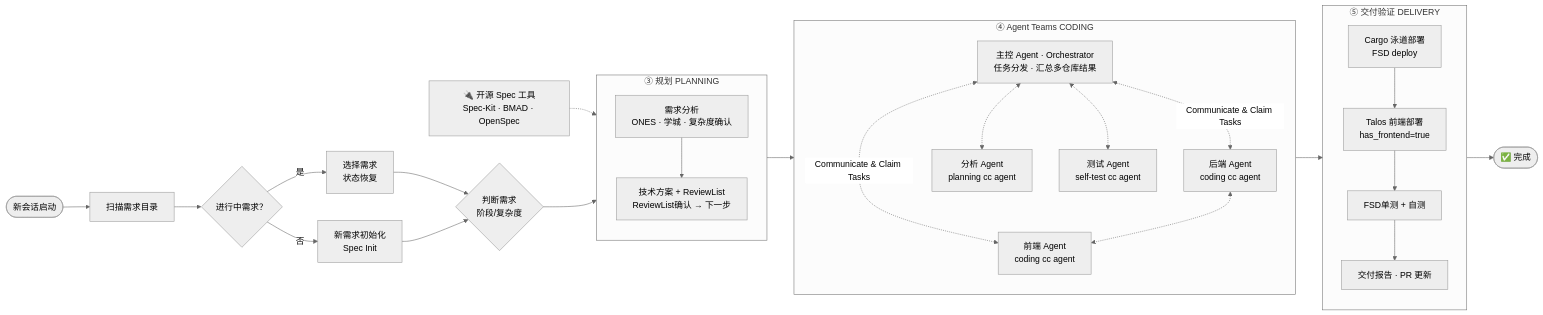
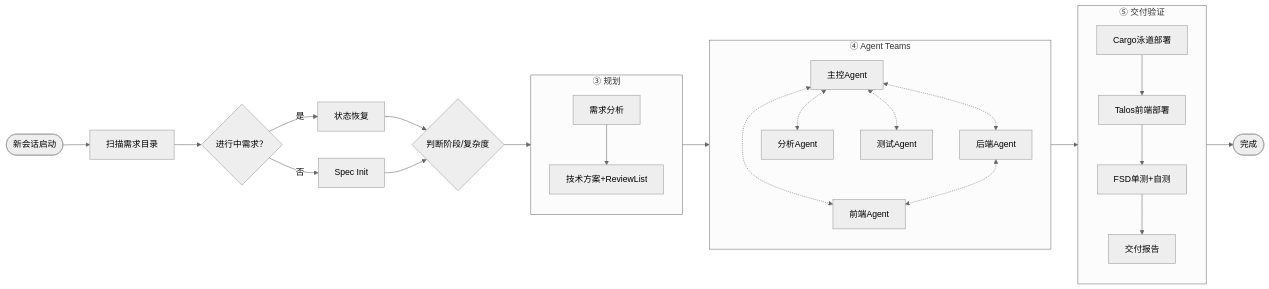
The second of 3 diagrams in ai-coding/ai-coding-fullstack.md (zlh-428/zlh-428), drawn with Mermaid (neutral theme) before and after one commit. The commit also changed other lines of this file, not shown here.

First line of the commit message:
🩹 fix: reduce Mermaid diagram size to fit GitHub rendering limit

````diff
--- a/ai-coding/ai-coding-fullstack.md
+++ b/ai-coding/ai-coding-fullstack.md
@@ -146,42 +146,32 @@
 ```mermaid
 flowchart LR
     Start(["新会话启动"]) --> Scan["扫描需求目录"]
     Scan --> Check{"进行中需求？"}
-    Check -- "是" --> Resume["选择需求\n状态恢复"]
-    Check -- "否" --> Init["新需求初始化\nSpec Init"]
-    Resume --> Judge{"判断需求\n阶段/复杂度"}
+    Check -- "是" --> Resume["状态恢复"]
+    Check -- "否" --> Init["Spec Init"]
+    Resume --> Judge{"判断阶段/复杂度"}
     Init --> Judge
 
-    SpecTools["🔌 开源 Spec 工具\nSpec-Kit · BMAD · OpenSpec"] -.-> Planning
-
-    subgraph Planning["③ 规划 PLANNING"]
-        direction TB
-        P1["需求分析\nONES · 学城 · 复杂度确认"] --> P2["技术方案 + ReviewList\nReviewList确认 → 下一步"]
+    subgraph Planning["③ 规划"]
+        P1["需求分析"] --> P2["技术方案+ReviewList"]
     end
 
-    subgraph AgentTeams["④ Agent Teams CODING"]
-        direction TB
-        Lead["主控 Agent · Orchestrator\n任务分发 · 汇总多仓库结果"]
-        BE["后端 Agent\ncoding cc agent"]
-        FE["前端 Agent\ncoding cc agent"]
-        Analyst["分析 Agent\nplanning cc agent"]
-        Tester["测试 Agent\nself-test cc agent"]
-        Lead <-.->|"Communicate & Claim Tasks"| BE
-        Lead <-.->|"Communicate & Claim Tasks"| FE
-        Lead <-.-> Analyst
-        Lead <-.-> Tester
+    subgraph AgentTeams["④ Agent Teams"]
+        Lead["主控Agent"] <-.-> BE["后端Agent"]
+        Lead <-.-> FE["前端Agent"]
+        Lead <-.-> Analyst["分析Agent"]
+        Lead <-.-> Tester["测试Agent"]
         BE <-.-> FE
     end
 
-    subgraph Delivery["⑤ 交付验证 DELIVERY"]
-        direction TB
-        D1["Cargo 泳道部署\nFSD deploy"] --> D2["Talos 前端部署\nhas_frontend=true"]
-        D2 --> D3["FSD单测 + 自测"]
-        D3 --> D4["交付报告 · PR 更新"]
+    subgraph Delivery["⑤ 交付验证"]
+        D1["Cargo泳道部署"] --> D2["Talos前端部署"]
+        D2 --> D3["FSD单测+自测"]
+        D3 --> D4["交付报告"]
     end
 
     Judge --> Planning
     Planning --> AgentTeams
     AgentTeams --> Delivery
-    Delivery --> Done(["✅ 完成"])
+    Delivery --> Done(["完成"])
 ```
````
